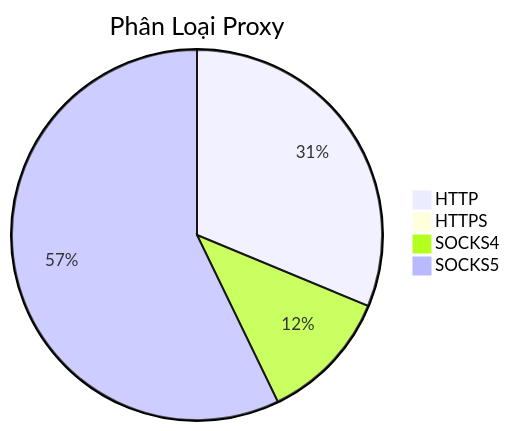
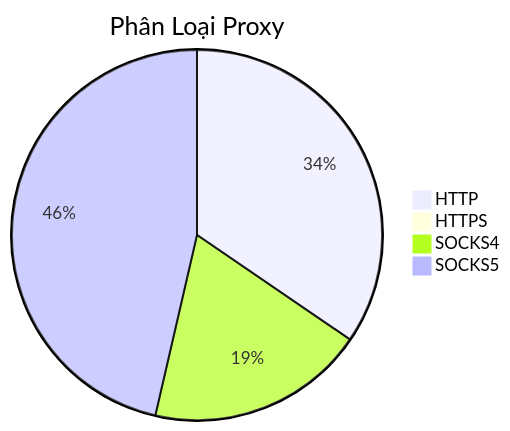
The diagram in README.md (Ciara-Aa/PROXY-free), drawn with Mermaid before and after one commit. The commit also changed other lines of this file and 4 other files, not shown here.

````diff
--- a/README.md
+++ b/README.md
@@ -26,7 +26,7 @@
 ```mermaid
 pie title Phân Loại Proxy
-    "HTTP" : 622
+    "HTTP" : 411
     "HTTPS" : 2
-    "SOCKS4" : 230
-    "SOCKS5" : 1138
+    "SOCKS4" : 227
+    "SOCKS5" : 552
 ```
````
